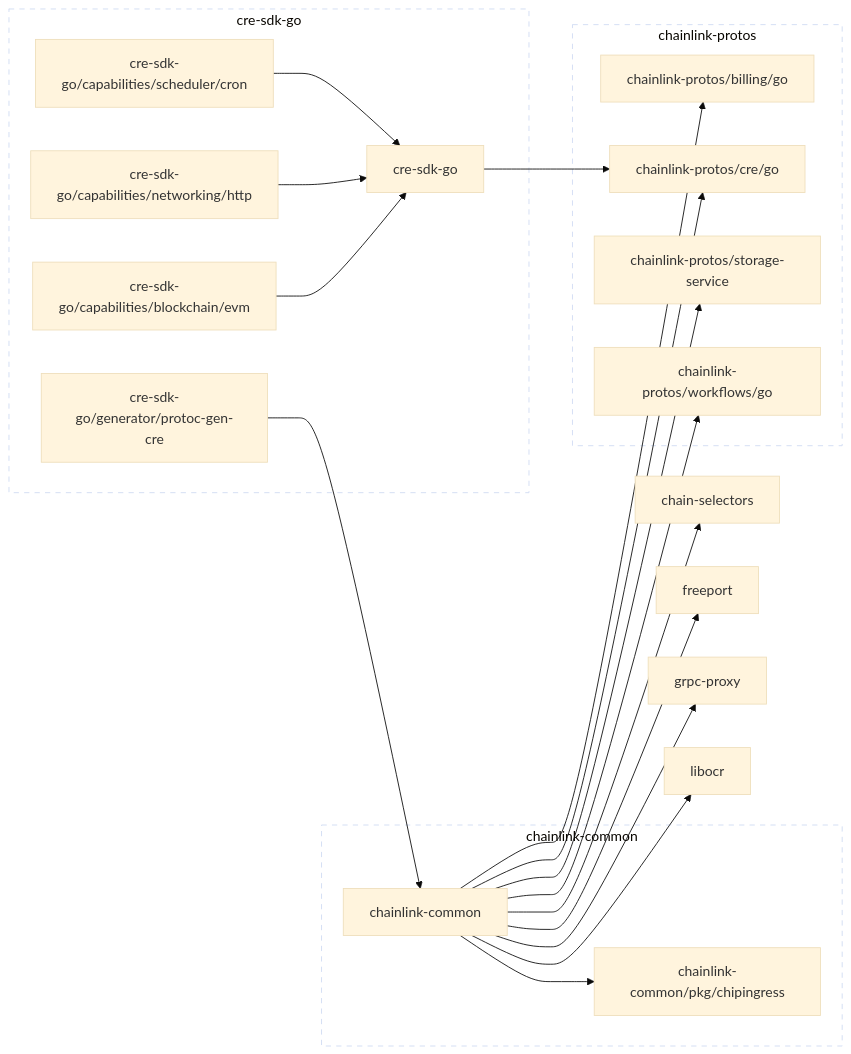
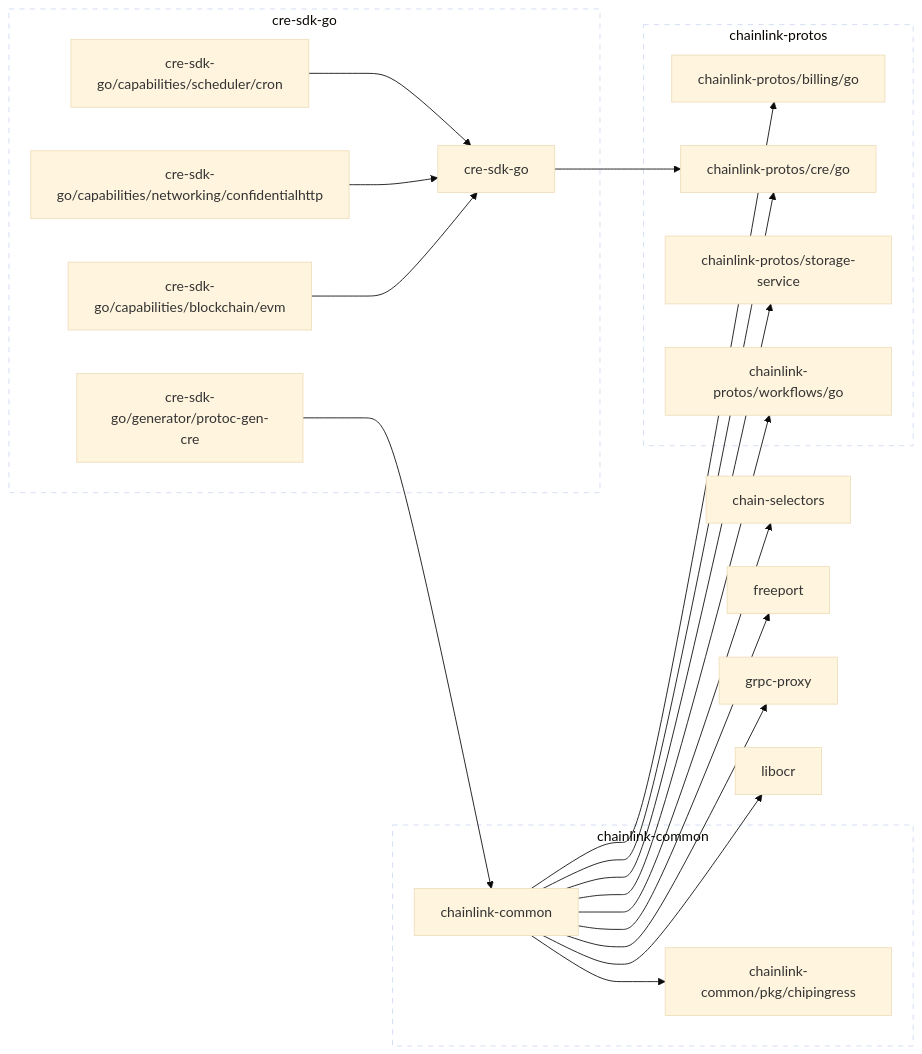
One commit to smartcontractkit/cre-sdk-go changed the diagram in go.md. Above: the diagram before and after it, drawn with Mermaid (base theme).

Commit message:
make generate

````diff
--- a/go.md
+++ b/go.md
@@ -2,68 +2,68 @@
 ```mermaid
 flowchart LR
 
 	chain-selectors
 	click chain-selectors href "https://github.com/smartcontractkit/chain-selectors"
 	chainlink-common --> chain-selectors
 	chainlink-common --> chainlink-common/pkg/chipingress
 	chainlink-common --> chainlink-protos/billing/go
 	chainlink-common --> chainlink-protos/cre/go
 	chainlink-common --> chainlink-protos/storage-service
 	chainlink-common --> chainlink-protos/workflows/go
 	chainlink-common --> freeport
 	chainlink-common --> grpc-proxy
 	chainlink-common --> libocr
 	click chainlink-common href "https://github.com/smartcontractkit/chainlink-common"
 	chainlink-common/pkg/chipingress
 	click chainlink-common/pkg/chipingress href "https://github.com/smartcontractkit/chainlink-common"
 	chainlink-protos/billing/go
 	click chainlink-protos/billing/go href "https://github.com/smartcontractkit/chainlink-protos"
 	chainlink-protos/cre/go
 	click chainlink-protos/cre/go href "https://github.com/smartcontractkit/chainlink-protos"
 	chainlink-protos/storage-service
 	click chainlink-protos/storage-service href "https://github.com/smartcontractkit/chainlink-protos"
 	chainlink-protos/workflows/go
 	click chainlink-protos/workflows/go href "https://github.com/smartcontractkit/chainlink-protos"
 	cre-sdk-go --> chainlink-protos/cre/go
 	click cre-sdk-go href "https://github.com/smartcontractkit/cre-sdk-go"
 	cre-sdk-go/capabilities/blockchain/evm --> cre-sdk-go
 	click cre-sdk-go/capabilities/blockchain/evm href "https://github.com/smartcontractkit/cre-sdk-go"
-	cre-sdk-go/capabilities/networking/http --> cre-sdk-go
-	click cre-sdk-go/capabilities/networking/http href "https://github.com/smartcontractkit/cre-sdk-go"
+	cre-sdk-go/capabilities/networking/confidentialhttp --> cre-sdk-go
+	click cre-sdk-go/capabilities/networking/confidentialhttp href "https://github.com/smartcontractkit/cre-sdk-go"
 	cre-sdk-go/capabilities/scheduler/cron --> cre-sdk-go
 	click cre-sdk-go/capabilities/scheduler/cron href "https://github.com/smartcontractkit/cre-sdk-go"
 	cre-sdk-go/generator/protoc-gen-cre --> chainlink-common
 	click cre-sdk-go/generator/protoc-gen-cre href "https://github.com/smartcontractkit/cre-sdk-go"
 	freeport
 	click freeport href "https://github.com/smartcontractkit/freeport"
 	grpc-proxy
 	click grpc-proxy href "https://github.com/smartcontractkit/grpc-proxy"
 	libocr
 	click libocr href "https://github.com/smartcontractkit/libocr"
 
 	subgraph chainlink-common-repo[chainlink-common]
 		 chainlink-common
 		 chainlink-common/pkg/chipingress
 	end
 	click chainlink-common-repo href "https://github.com/smartcontractkit/chainlink-common"
 
 	subgraph chainlink-protos-repo[chainlink-protos]
 		 chainlink-protos/billing/go
 		 chainlink-protos/cre/go
 		 chainlink-protos/storage-service
 		 chainlink-protos/workflows/go
 	end
 	click chainlink-protos-repo href "https://github.com/smartcontractkit/chainlink-protos"
 
 	subgraph cre-sdk-go-repo[cre-sdk-go]
 		 cre-sdk-go
 		 cre-sdk-go/capabilities/blockchain/evm
-		 cre-sdk-go/capabilities/networking/http
+		 cre-sdk-go/capabilities/networking/confidentialhttp
 		 cre-sdk-go/capabilities/scheduler/cron
 		 cre-sdk-go/generator/protoc-gen-cre
 	end
 	click cre-sdk-go-repo href "https://github.com/smartcontractkit/cre-sdk-go"
 
 	classDef outline stroke-dasharray:6,fill:none;
 	class chainlink-common-repo,chainlink-protos-repo,cre-sdk-go-repo outline
 ```
````
